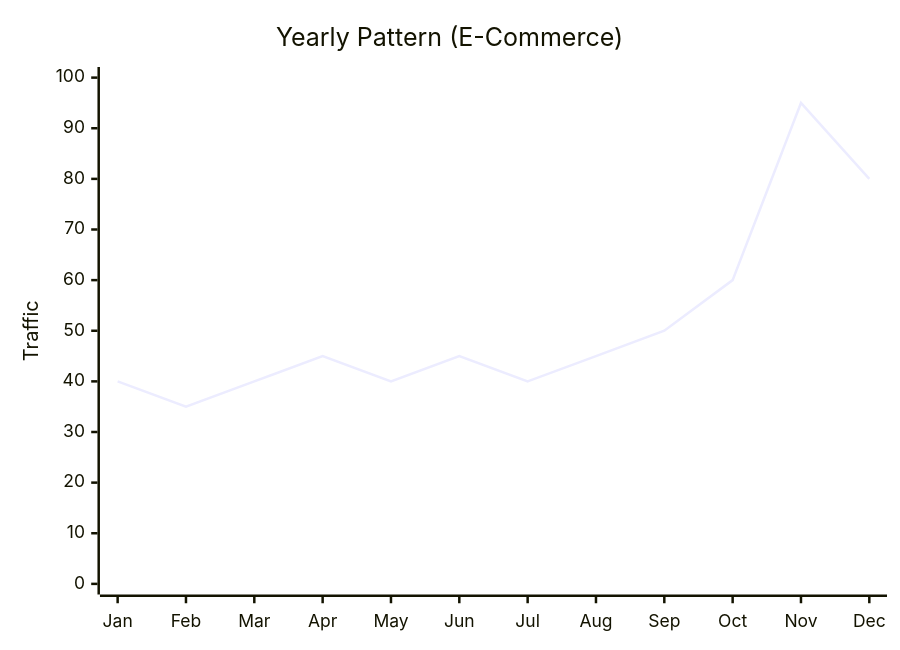
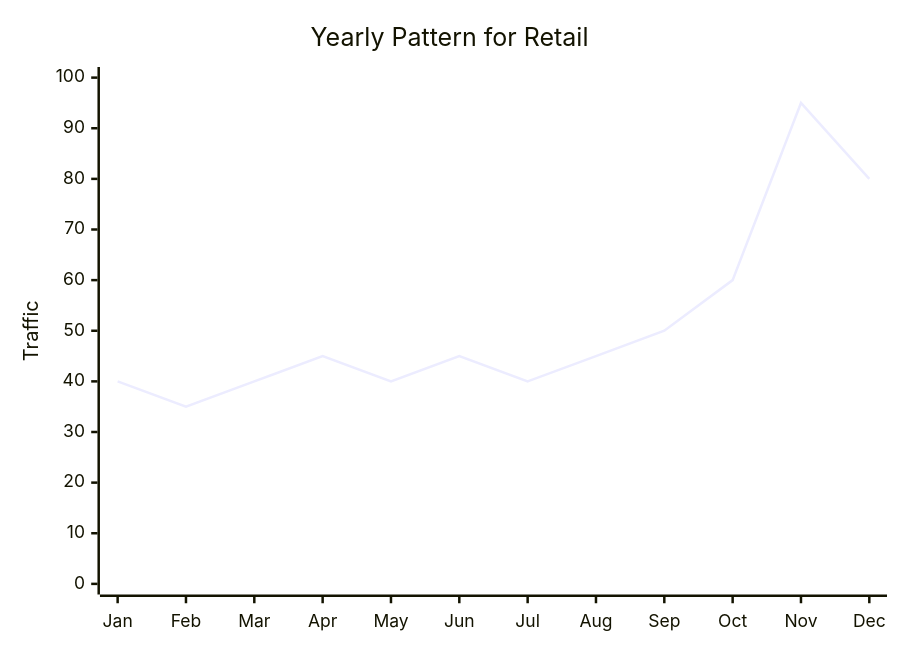
The fourth of 8 diagrams in src/content/docs/platform/disciplines/core-platform/sre/module-1.7-capacity-planning.md (krisztiankoos/kubedojo), drawn with Mermaid before and after one commit. The commit also changed other lines of this file, not shown here.

````diff
--- a/src/content/docs/platform/disciplines/core-platform/sre/module-1.7-capacity-planning.md
+++ b/src/content/docs/platform/disciplines/core-platform/sre/module-1.7-capacity-planning.md
@@ -172,7 +199,7 @@
 ```mermaid
 xychart-beta
-    title "Yearly Pattern (E-Commerce)"
+    title "Yearly Pattern for Retail"
     x-axis ["Jan", "Feb", "Mar", "Apr", "May", "Jun", "Jul", "Aug", "Sep", "Oct", "Nov", "Dec"]
     y-axis "Traffic" 0 --> 100
     line [40, 35, 40, 45, 40, 45, 40, 45, 50, 60, 95, 80]
 ```
````
